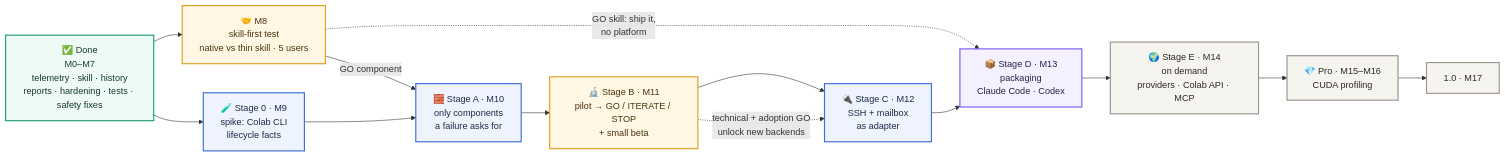
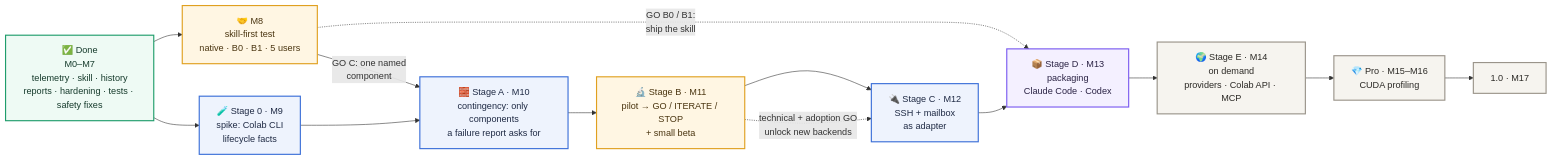
The diagram in ROADMAP.md (SergeyChere/MeetProxy), drawn with Mermaid before and after one commit. The commit also changed other lines of this file and 12 other files, not shown here.

````diff
--- a/ROADMAP.md
+++ b/ROADMAP.md
@@ -10,31 +10,31 @@
 ```mermaid
 flowchart LR
     D["✅ Done<br/>M0–M7<br/>telemetry · skill · history<br/>reports · hardening · tests · safety fixes"]
-    DP["🤝 M8<br/>skill-first test<br/>native vs thin skill · 5 users"]
+    DP["🤝 M8<br/>skill-first test<br/>native · B0 · B1 · 5 users"]
     S0["🧪 Stage 0 · M9<br/>spike: Colab CLI<br/>lifecycle facts"]
-    A["🧱 Stage A · M10<br/>only components<br/>a failure asks for"]
+    A["🧱 Stage A · M10<br/>contingency: only components<br/>a failure report asks for"]
     B["🔬 Stage B · M11<br/>pilot → GO / ITERATE / STOP<br/>+ small beta"]
     C["🔌 Stage C · M12<br/>SSH + mailbox<br/>as adapter"]
     DD["📦 Stage D · M13<br/>packaging<br/>Claude Code · Codex"]
     E["🌍 Stage E · M14<br/>on demand<br/>providers · Colab API · MCP"]
     PRO["💎 Pro · M15–M16<br/>CUDA profiling"]
     V1["1.0 · M17"]
-    D --> DP -- "GO component" --> A --> B
-    DP -. "GO skill: ship it,<br/>no platform" .-> DD
+    D --> DP -- "GO C: one named<br/>component" --> A --> B
+    DP -. "GO B0 / B1:<br/>ship the skill" .-> DD
     D --> S0 --> A
     B --> C --> DD --> E --> PRO --> V1
     B -. "technical + adoption GO<br/>unlock new backends" .-> C
 
     classDef done fill:#eefaf4,stroke:#1f9d6b,stroke-width:2px,color:#163b2c
     classDef fix fill:#fdeeee,stroke:#d64545,stroke-width:2px,color:#5a1d1d
     classDef core fill:#eef3fd,stroke:#3b6fd8,stroke-width:2px,color:#1f2a44
     classDef prove fill:#fff6e3,stroke:#e0a020,stroke-width:2px,color:#4a3510
     classDef rel fill:#f4f0ff,stroke:#7a5af0,stroke-width:2px,color:#2a2244
     classDef later fill:#f6f4ef,stroke:#9a948a,stroke-width:2px,color:#2b2925
     class D done
     class S0,A,C core
     class DP prove
     class B prove
     class DD rel
     class E,PRO,V1 later
 ```
````
